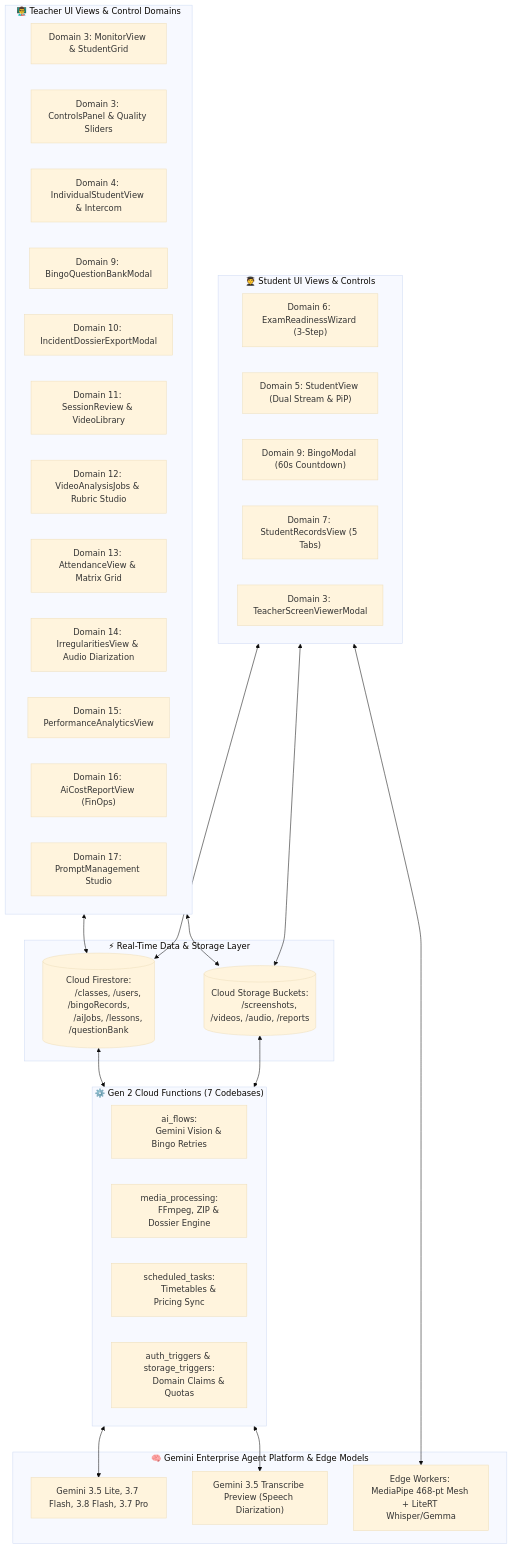
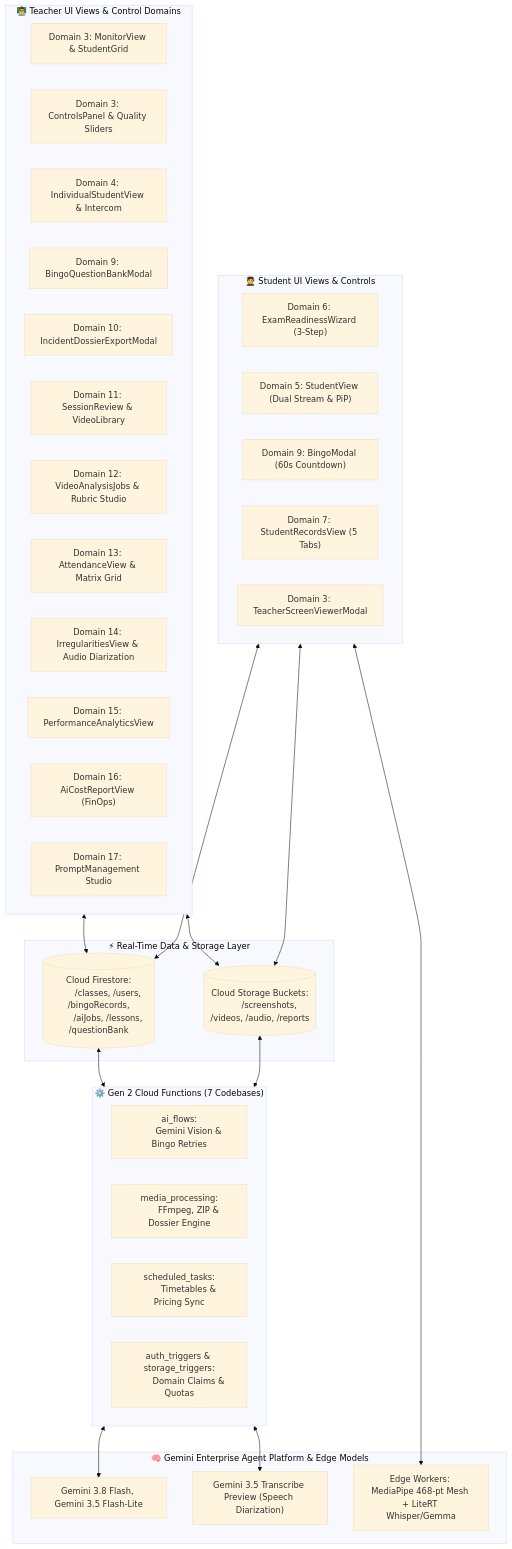
The diagram in docs/comprehensive-ui-controls-and-features-catalog.md (wongcyrus/Google-AI-Classroom), drawn with Mermaid (base theme) before and after one commit. The commit also changed other lines of this file and 25 other files, not shown here.

````diff
--- a/docs/comprehensive-ui-controls-and-features-catalog.md
+++ b/docs/comprehensive-ui-controls-and-features-catalog.md
@@ -38,61 +38,61 @@
 ```mermaid
 flowchart TD
     subgraph UI_Teacher ["👨‍🏫 Teacher UI Views & Control Domains"]
         T_MON["Domain 3: MonitorView & StudentGrid"]
         T_CTRL["Domain 3: ControlsPanel & Quality Sliders"]
         T_IND["Domain 4: IndividualStudentView & Intercom"]
         T_BIN["Domain 9: BingoQuestionBankModal"]
         T_DOS["Domain 10: IncidentDossierExportModal"]
         T_VID["Domain 11: SessionReview & VideoLibrary"]
         T_JOB["Domain 12: VideoAnalysisJobs & Rubric Studio"]
         T_ATT["Domain 13: AttendanceView & Matrix Grid"]
         T_IRR["Domain 14: IrregularitiesView & Audio Diarization"]
         T_PERF["Domain 15: PerformanceAnalyticsView"]
         T_FIN["Domain 16: AiCostReportView (FinOps)"]
         T_PRM["Domain 17: PromptManagement Studio"]
     end
 
     subgraph UI_Student ["🧑‍🎓 Student UI Views & Controls"]
         S_WIZ["Domain 6: ExamReadinessWizard (3-Step)"]
         S_RUN["Domain 5: StudentView (Dual Stream & PiP)"]
         S_MOD["Domain 9: BingoModal (60s Countdown)"]
         S_REC["Domain 7: StudentRecordsView (5 Tabs)"]
         S_BRD["Domain 3: TeacherScreenViewerModal"]
     end
 
     subgraph Backend_Sync ["⚡ Real-Time Data & Storage Layer"]
         FS[("Cloud Firestore:
         /classes, /users, /bingoRecords,
         /aiJobs, /lessons, /questionBank")]
         GCS[("Cloud Storage Buckets:
         /screenshots, /videos, /audio, /reports")]
     end
 
     subgraph Cloud_Functions ["⚙️ Gen 2 Cloud Functions (7 Codebases)"]
         CF_AI["ai_flows:
         Gemini Vision & Bingo Retries"]
         CF_MED["media_processing:
         FFmpeg, ZIP & Dossier Engine"]
         CF_SCH["scheduled_tasks:
         Timetables & Pricing Sync"]
         CF_SEC["auth_triggers & storage_triggers:
         Domain Claims & Quotas"]
     end
 
     subgraph AI_Foundations ["🧠 Gemini Enterprise Agent Platform & Edge Models"]
-        GEM["Gemini 3.5 Lite, 3.7 Flash, 3.8 Flash, 3.7 Pro"]
+        GEM["Gemini 3.8 Flash, Gemini 3.5 Flash-Lite"]
         DIA["Gemini 3.5 Transcribe Preview (Speech Diarization)"]
         EDGE["Edge Workers: MediaPipe 468-pt Mesh + LiteRT Whisper/Gemma"]
     end
 
     UI_Teacher <--> FS
     UI_Teacher <--> GCS
     UI_Student <--> FS
     UI_Student <--> GCS
     UI_Student <--> EDGE
 
     FS <--> Cloud_Functions
     GCS <--> Cloud_Functions
     Cloud_Functions <--> GEM
     Cloud_Functions <--> DIA
 ```
````
